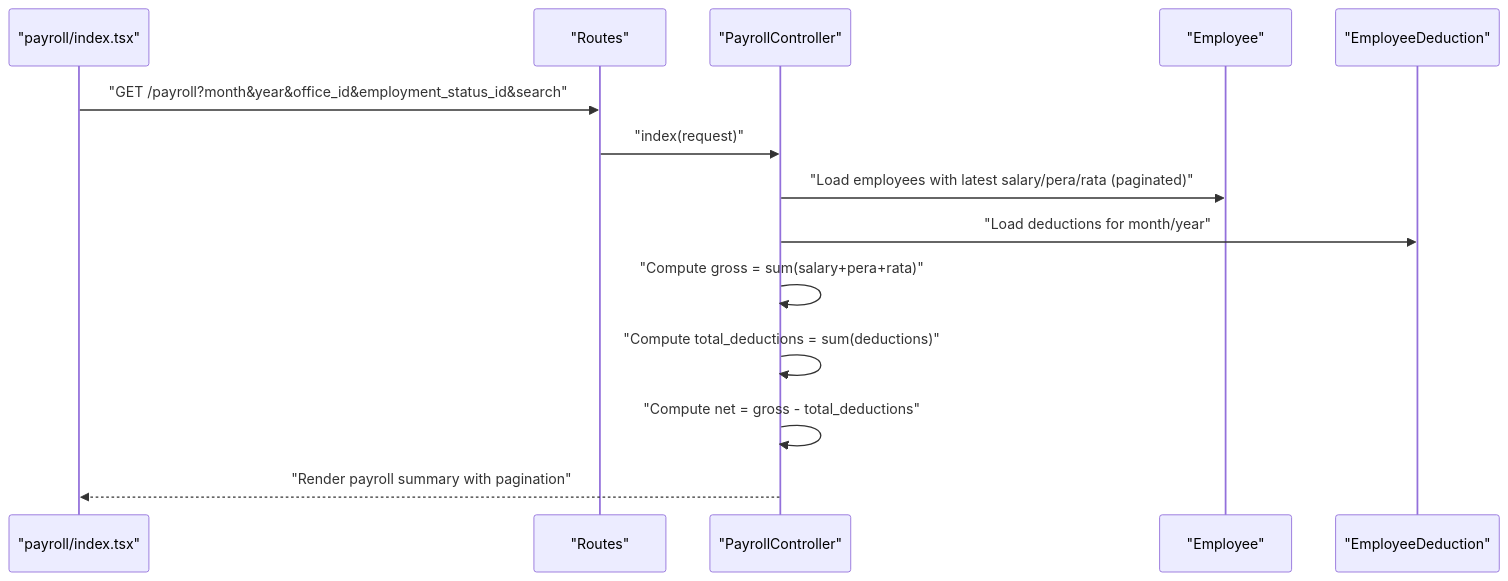
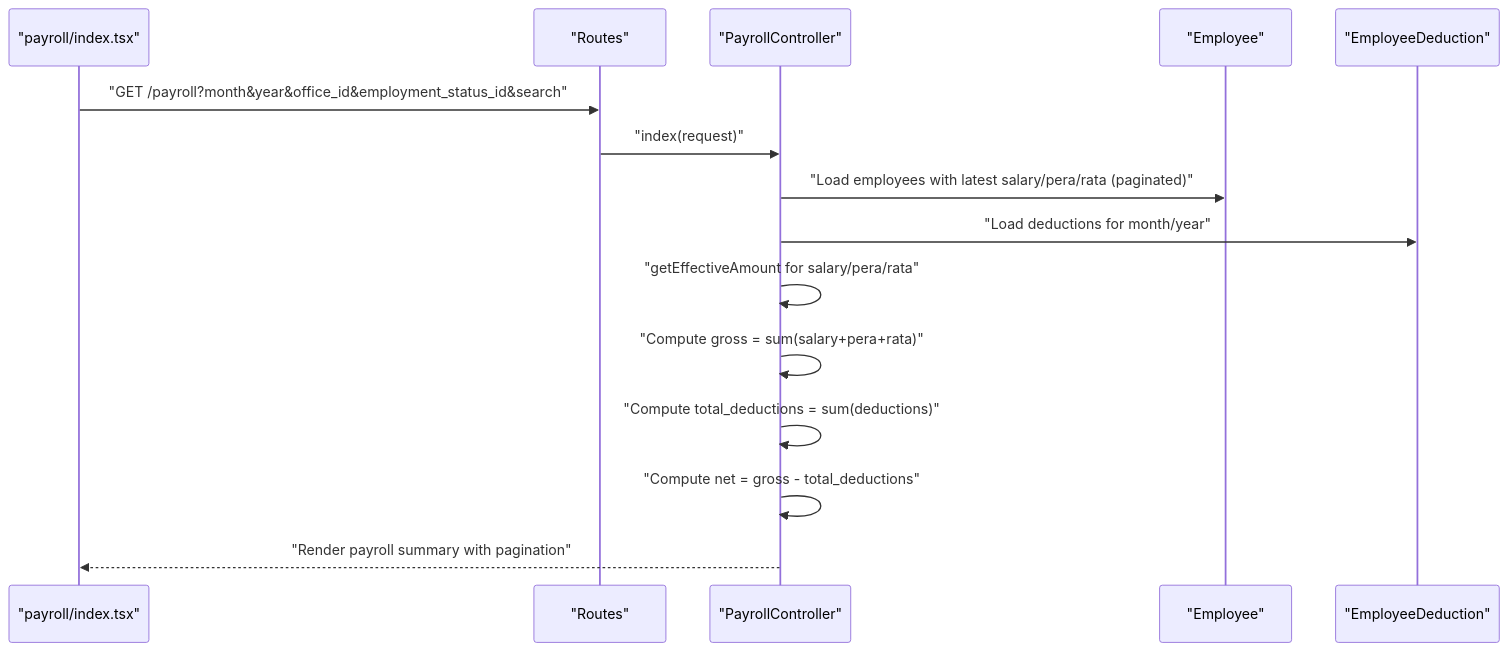
One commit to vincet0t15/template changed the sixth of 8 diagrams in .qoder/repowiki/en/content/Deduction Management/Employee Deduction Tracking.md. Above: the diagram before and after it, drawn with Mermaid. The commit also changed other lines of this file and 11 other files, not shown here.

````diff
--- a/.qoder/repowiki/en/content/Deduction Management/Employee Deduction Tracking.md
+++ b/.qoder/repowiki/en/content/Deduction Management/Employee Deduction Tracking.md
@@ -289,16 +298,17 @@
 ```mermaid
 sequenceDiagram
 participant FE as "payroll/index.tsx"
 participant RT as "Routes"
 participant C as "PayrollController"
 participant E as "Employee"
 participant D as "EmployeeDeduction"
 FE->>RT : "GET /payroll?month&year&office_id&employment_status_id&search"
 RT->>C : "index(request)"
 C->>E : "Load employees with latest salary/pera/rata (paginated)"
 C->>D : "Load deductions for month/year"
+C->>C : "getEffectiveAmount for salary/pera/rata"
 C->>C : "Compute gross = sum(salary+pera+rata)"
 C->>C : "Compute total_deductions = sum(deductions)"
 C->>C : "Compute net = gross - total_deductions"
 C-->>FE : "Render payroll summary with pagination"
 ```
````
